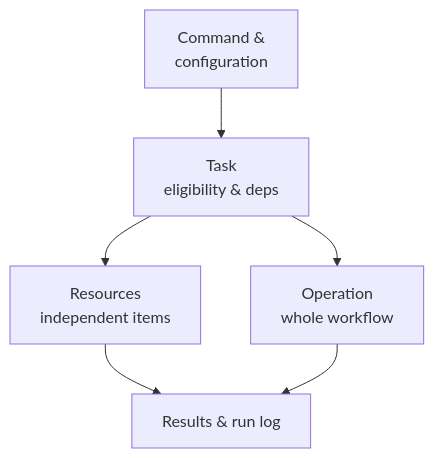
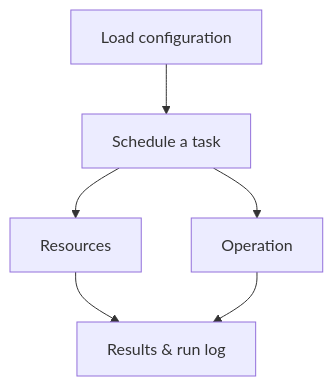
One commit to sneivandt/dotfiles changed the diagram in docs/content/development/architecture.md. Above: the diagram before and after it, drawn with Mermaid. The commit also changed 4 other files, not shown here.

Commit message:
Fit contributor diagrams on phones and align profile terminology

````diff
--- a/docs/content/development/architecture.md
+++ b/docs/content/development/architecture.md
@@ -30,10 +30,10 @@
 ```mermaid
 flowchart TB
     accTitle: Tasks, resources, and operations
     accDescr: The command loads configuration and schedules tasks. A task may converge independent resources or a whole-workflow operation; both report outcomes to the command summary and run log.
-    Command["Command &<br/>configuration"] --> Task["Task<br/>eligibility & deps"]
-    Task --> Resources["Resources<br/>independent items"]
-    Task --> Operation["Operation<br/>whole workflow"]
+    Command["Load configuration"] --> Task["Schedule a task"]
+    Task --> Resources["Resources"]
+    Task --> Operation["Operation"]
     Resources --> Result["Results & run log"]
     Operation --> Result
 ```
````
